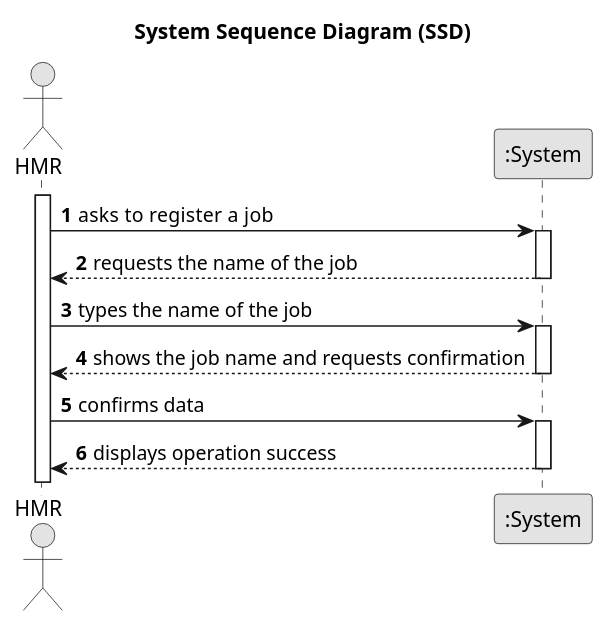
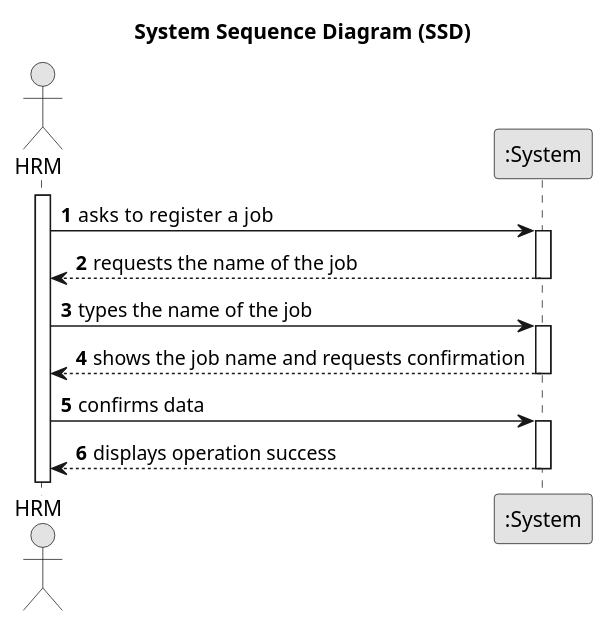
One commit to Departamento-de-Engenharia-Informatica/lei-24-s2-1do-g164 changed the diagram in docs/sprintA/us002/01.requirements-engineering/puml/us002-system-sequence-diagram-alternative-one.puml. Above: the diagram before and after it, drawn with PlantUML. The commit also changed 9 other files, not shown here.

```diff
--- a/docs/sprintA/us002/01.requirements-engineering/puml/us002-system-sequence-diagram-alternative-one.puml
+++ b/docs/sprintA/us002/01.requirements-engineering/puml/us002-system-sequence-diagram-alternative-one.puml
@@ -1,35 +1,35 @@
 @startuml
 skinparam monochrome true
 skinparam packageStyle rectangle
 skinparam shadowing false
 
 title System Sequence Diagram (SSD)
 
 autonumber
 
-actor "HMR" as Employee
+actor "HRM" as Employee
 participant ":System" as System
 
 activate Employee
 
     Employee -> System : asks to  register a job
     activate System
 
         System --> Employee : requests the name of the job
     deactivate System
 
     Employee -> System : types the name of the job
     activate System
 
         System --> Employee : shows the job name and requests confirmation
     deactivate System
 
     Employee -> System : confirms data
     activate System
 
         System --> Employee : displays operation success
     deactivate System
 
 
 
 @enduml
```
